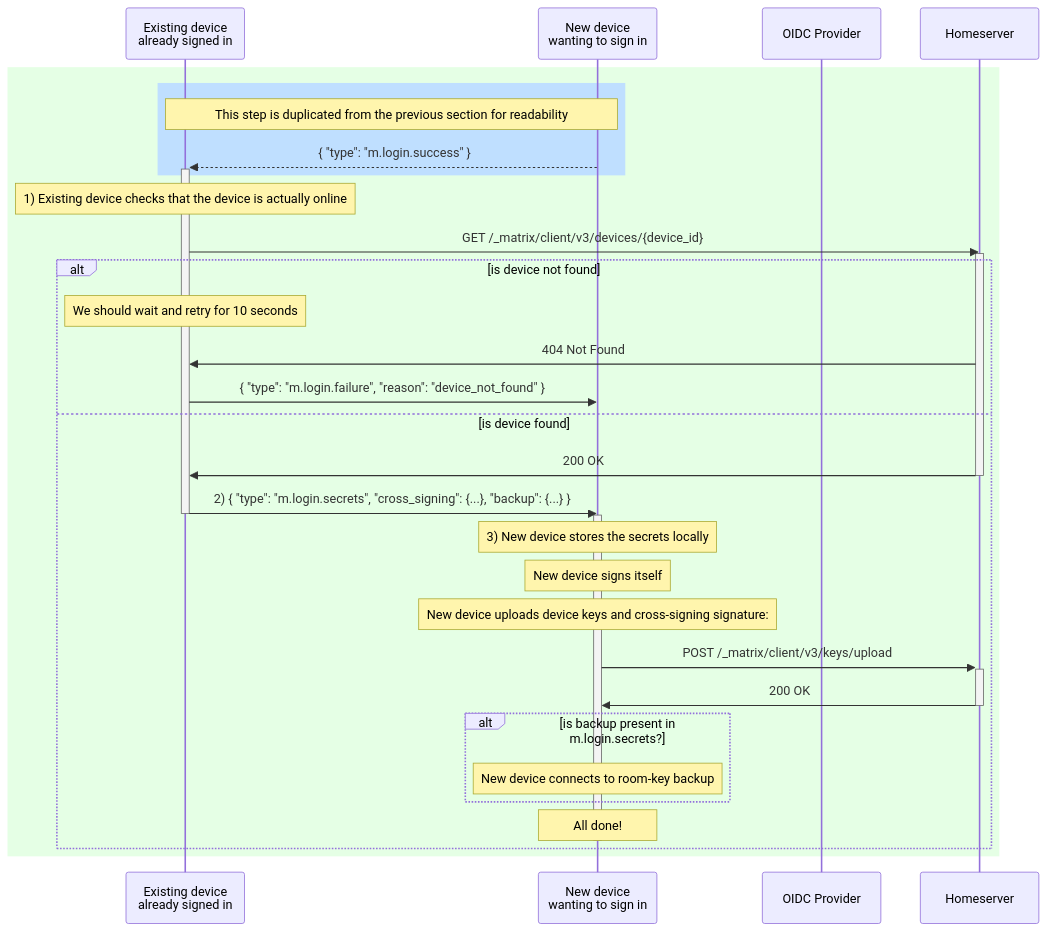
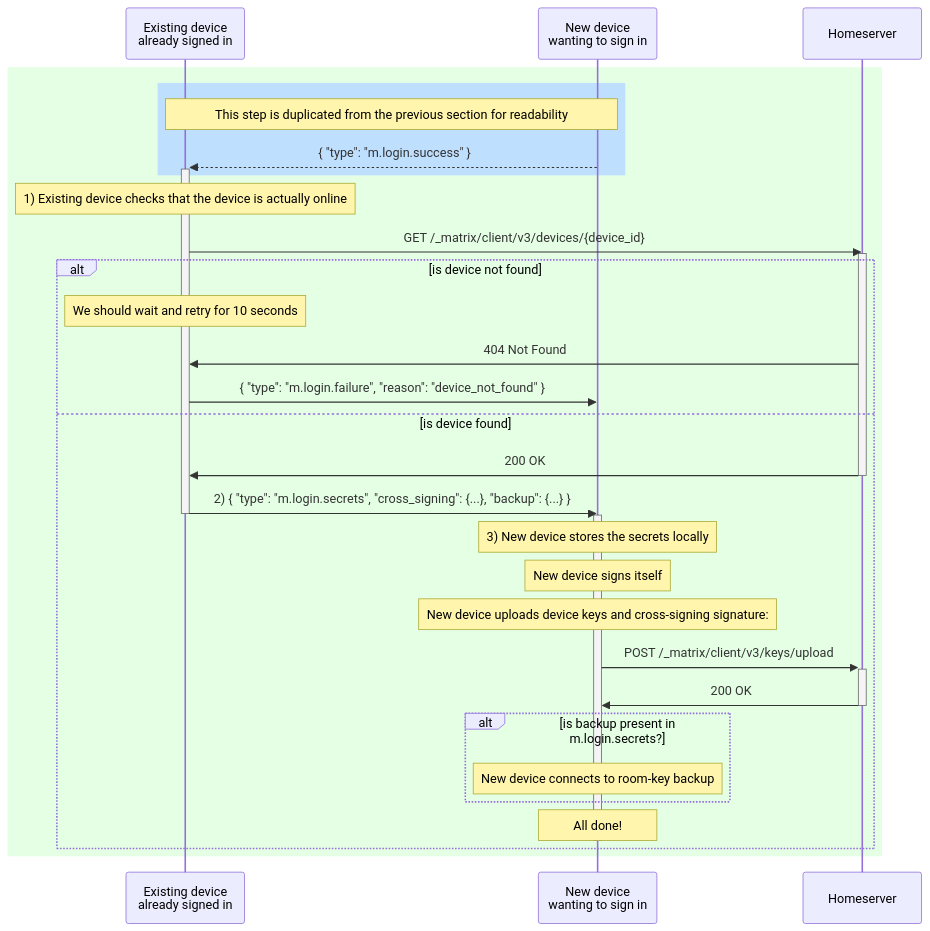
The sixth of 6 diagrams in proposals/4108-oidc-qr-login.md (matrix-org/matrix-spec-proposals), drawn with Mermaid before and after one commit. The commit also changed other lines of this file, not shown here.

````diff
--- a/proposals/4108-oidc-qr-login.md
+++ b/proposals/4108-oidc-qr-login.md
@@ -1179,44 +1152,43 @@
 ```mermaid
 sequenceDiagram
     participant E as Existing device <br>already signed in
     participant N as New device <br>wanting to sign in
-    participant OP as OIDC Provider
     participant HS as Homeserver
 
     rect rgba(0,255,0, 0.1)
             rect rgb(191, 223, 255)
 note over N,E: This step is duplicated from the previous section for readability
               N-->>+E: { "type": "m.login.success" }
             end
 
             Note over E: 1) Existing device checks that the device is actually online
             E->>HS: GET /_matrix/client/v3/devices/{device_id}
 activate HS
 
             alt is device not found
               note over E: We should wait and retry for 10 seconds
               HS->>E: 404 Not Found
               E->>N: { "type": "m.login.failure", "reason": "device_not_found" }
             else is device found
               HS->>E: 200 OK
 deactivate HS
 
               E->>-N: 2) { "type": "m.login.secrets", "cross_signing": {...}, "backup": {...} }
 
               activate N
               note over N: 3) New device stores the secrets locally
 
 note over N: New device signs itself
               note over N: New device uploads device keys and cross-signing signature:
               N->>+HS: POST /_matrix/client/v3/keys/upload
               HS->>-N: 200 OK
 
 alt is backup present in m.login.secrets?
               note over N: New device connects to room-key backup
 end
 
 note over N: All done!
               deactivate N
             end
     end
 ```
````
